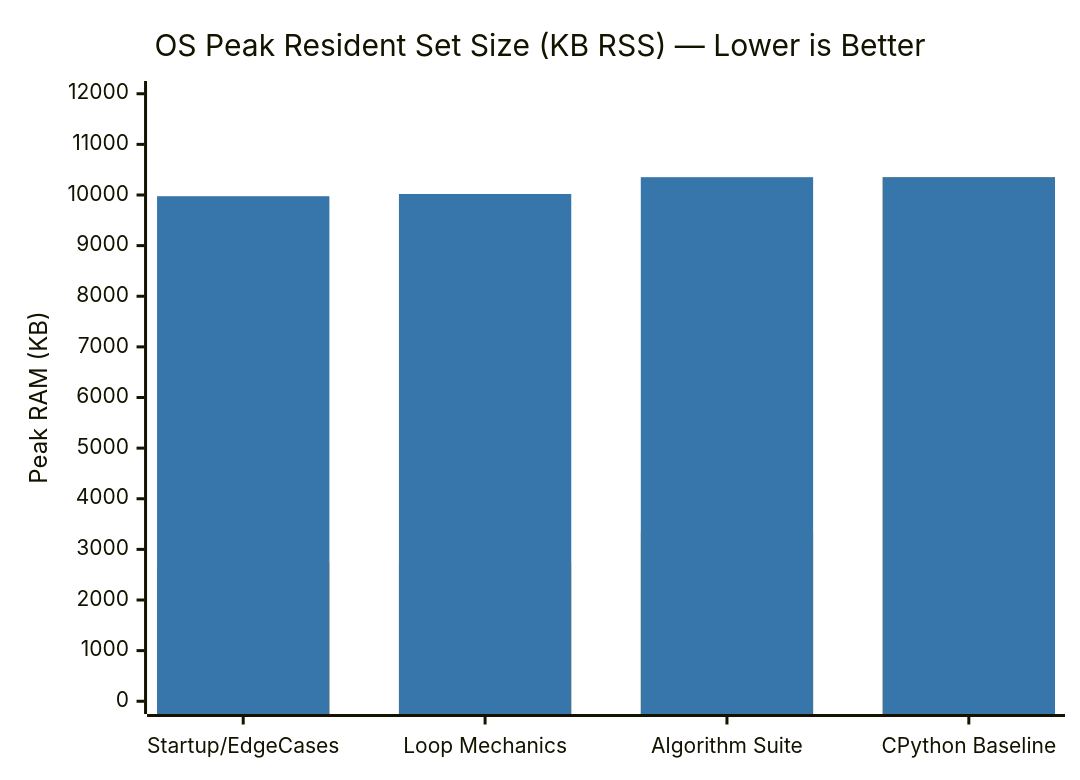
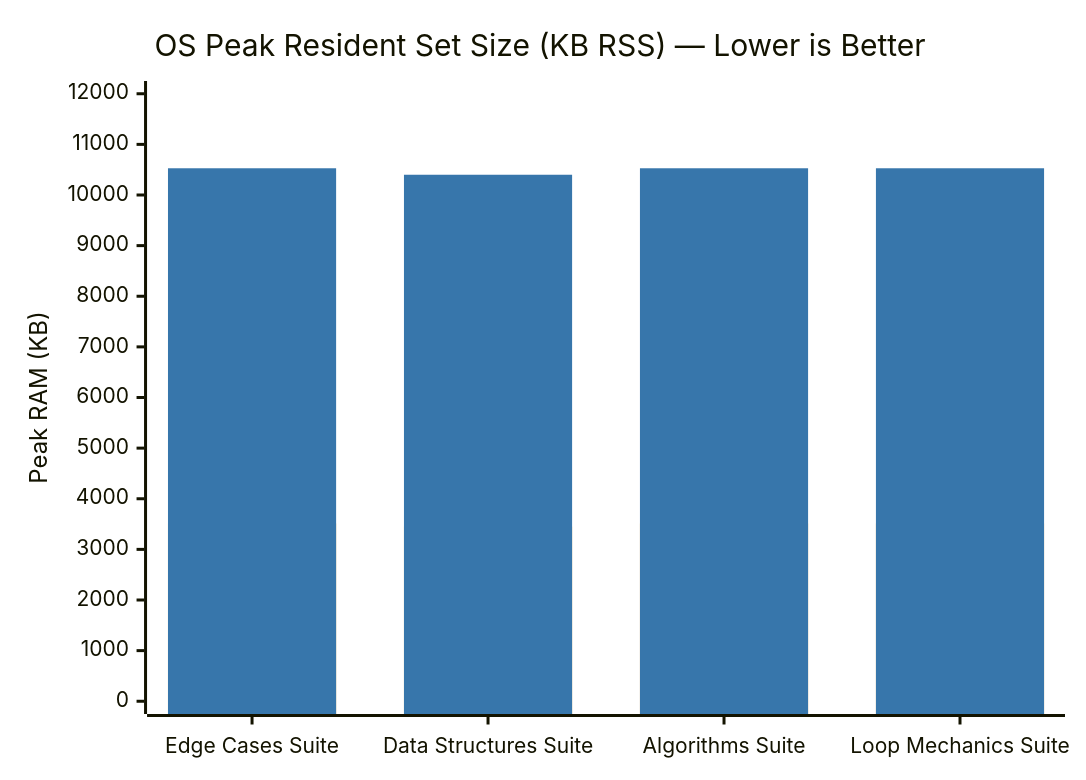
One commit to babar-xagi/zython- changed the third of 3 diagrams in final_sumary.md. Above: the diagram before and after it, drawn with Mermaid. The commit also changed other lines of this file and 8 other files, not shown here.

````diff
--- a/final_sumary.md
+++ b/final_sumary.md
@@ -119,9 +125,9 @@
 ```mermaid
 %%{init: {"themeVariables": {"xyChart": {"plotColorPalette": "#F7A41D, #3776AB"}}}}%%
 xychart-beta
     title "OS Peak Resident Set Size (KB RSS) — Lower is Better"
-    x-axis ["Startup/EdgeCases", "Loop Mechanics", "Algorithm Suite", "CPython Baseline"]
+    x-axis ["Edge Cases Suite", "Data Structures Suite", "Algorithms Suite", "Loop Mechanics Suite"]
     y-axis "Peak RAM (KB)" 0 --> 12000
-    bar [2732, 2732, 3344, 10352]
-    bar [9976, 10020, 10352, 10352]
+    bar [3512, 3450, 3512, 3512]
+    bar [10528, 10400, 10528, 10528]
 ```
````
